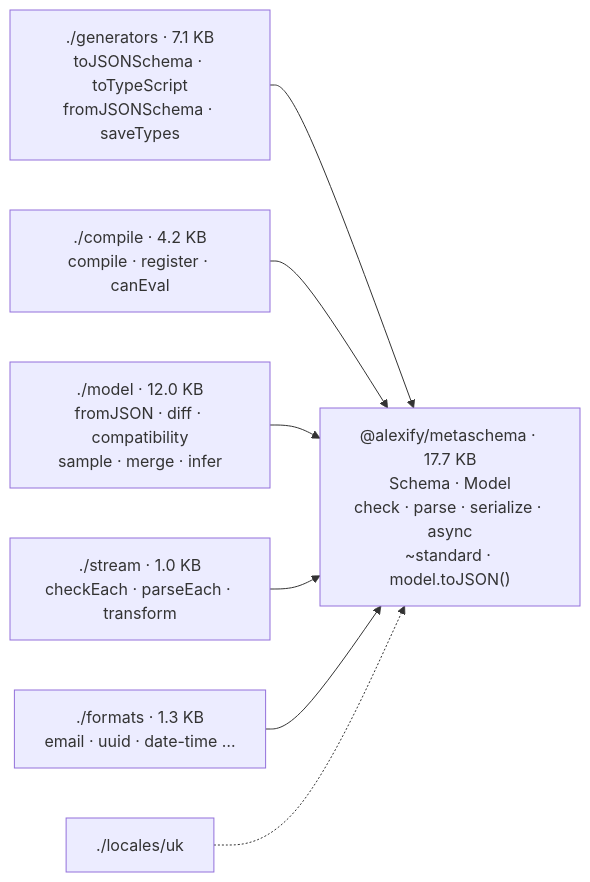
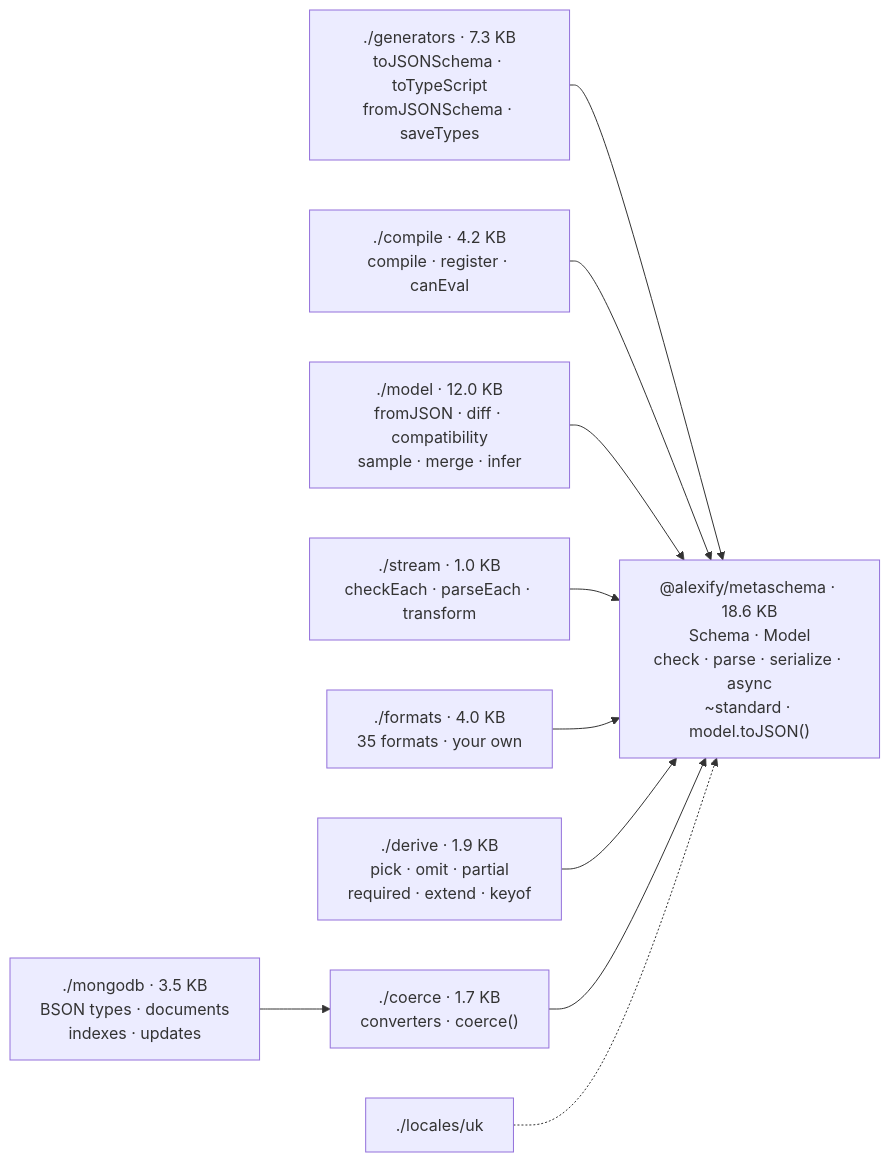
The second of 9 diagrams in docs/guide/architecture.md (Alexis-Technologies/metaschema), drawn with Mermaid before and after one commit. The commit also changed other lines of this file and 103 other files, not shown here.

First line of the commit message:
metaschema v3.3: coercion, ./derive, ./mongodb, 35 string formats (#7)

````diff
--- a/docs/guide/architecture.md
+++ b/docs/guide/architecture.md
@@ -38,10 +38,13 @@
 ```mermaid
 flowchart LR
-    GEN["./generators · 7.1 KB<br/>toJSONSchema · toTypeScript<br/>fromJSONSchema · saveTypes"] --> CORE
+    GEN["./generators · 7.3 KB<br/>toJSONSchema · toTypeScript<br/>fromJSONSchema · saveTypes"] --> CORE
     COMP["./compile · 4.2 KB<br/>compile · register · canEval"] --> CORE
     MOD["./model · 12.0 KB<br/>fromJSON · diff · compatibility<br/>sample · merge · infer"] --> CORE
     STR["./stream · 1.0 KB<br/>checkEach · parseEach · transform"] --> CORE
-    FMT["./formats · 1.3 KB<br/>email · uuid · date-time …"] --> CORE
+    FMT["./formats · 4.0 KB<br/>35 formats · your own"] --> CORE
+    DER["./derive · 1.9 KB<br/>pick · omit · partial<br/>required · extend · keyof"] --> CORE
+    COE["./coerce · 1.7 KB<br/>converters · coerce()"] --> CORE
+    MDB["./mongodb · 3.5 KB<br/>BSON types · documents<br/>indexes · updates"] --> COE
     LOC["./locales/uk"] -.-> CORE
-    CORE["@alexify/metaschema · 17.7 KB<br/>Schema · Model<br/>check · parse · serialize · async<br/>~standard · model.toJSON()"]
+    CORE["@alexify/metaschema · 18.6 KB<br/>Schema · Model<br/>check · parse · serialize · async<br/>~standard · model.toJSON()"]
 ```
````
